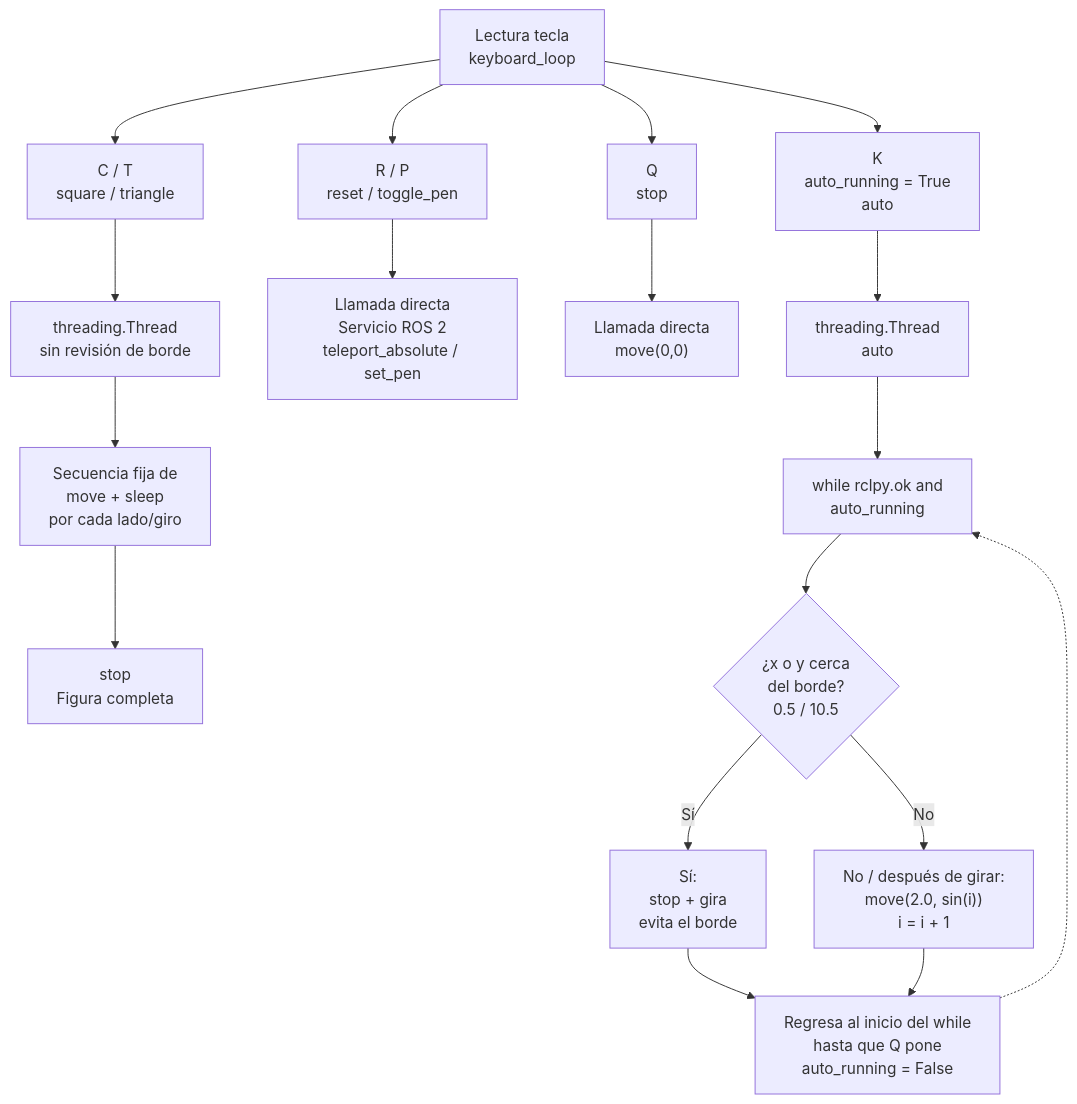
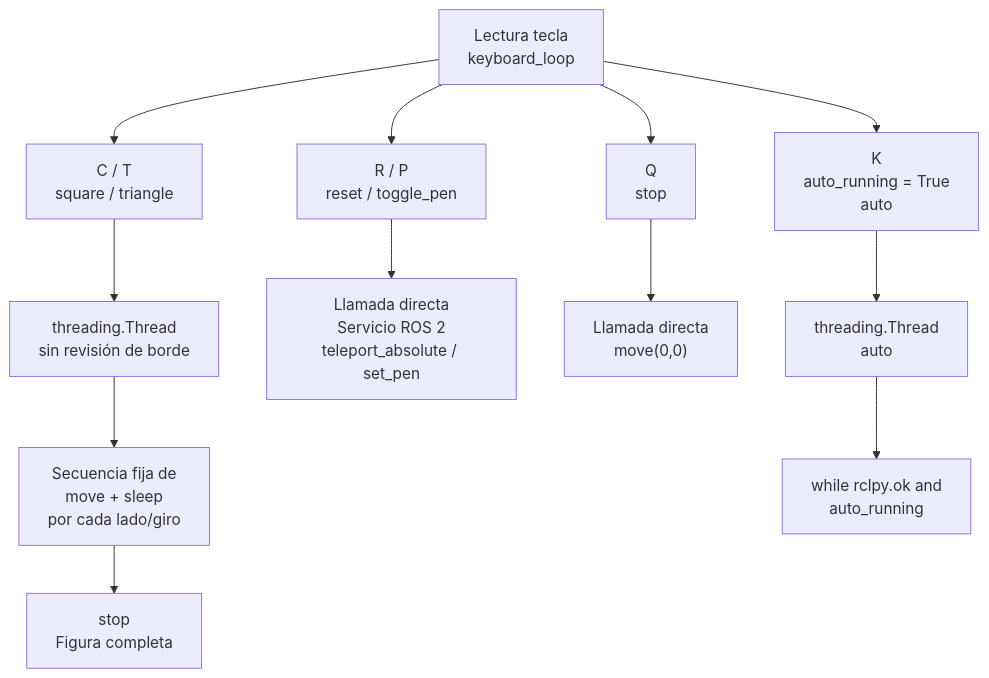
Before and after one commit to labsir-un/Robotica-2026-I-Equipo-2A-Monroy-Saenz: the second of 2 diagrams in Laboratorio No. 04 - Robótica de Desarrollo ROS Jazzy y Turtlesim/README.MD, drawn with Mermaid.

````diff
--- a/Laboratorio No. 04 - Robótica de Desarrollo ROS Jazzy y Turtlesim/README.MD
+++ b/Laboratorio No. 04 - Robótica de Desarrollo ROS Jazzy y Turtlesim/README.MD
@@ -65,52 +65,36 @@
 ```mermaid
 flowchart TD
 
     A["Lectura tecla<br/>keyboard_loop"]
 
     B["C / T<br/>square / triangle"]
     C["R / P<br/>reset / toggle_pen"]
     D["Q<br/>stop"]
     E["K<br/>auto_running = True<br/>auto"]
 
     A --> B
     A --> C
     A --> D
     A --> E
 
     F["threading.Thread<br/>sin revisión de borde"]
     G["Llamada directa<br/>Servicio ROS 2<br/>teleport_absolute / set_pen"]
     H["Llamada directa<br/>move(0,0)"]
     I["threading.Thread<br/>auto"]
 
     B --> F
     C --> G
     D --> H
     E --> I
 
     J["Secuencia fija de<br/>move + sleep<br/>por cada lado/giro"]
     F --> J
 
     K["stop<br/>Figura completa"]
     J --> K
 
     L["while rclpy.ok and<br/>auto_running"]
 
     I --> L
 
-    M{"¿x o y cerca<br/>del borde?<br/>0.5 / 10.5"}
-
-    L --> M
-
-    N["Sí:<br/>stop + gira<br/>evita el borde"]
-    O["No / después de girar:<br/>move(2.0, sin(i))<br/>i = i + 1"]
-
-    M -->|Sí| N
-    M -->|No| O
-
-    P["Regresa al inicio del while<br/>hasta que Q pone<br/>auto_running = False"]
-
-    N --> P
-    O --> P
-
-    P -.-> L
 ```
````
